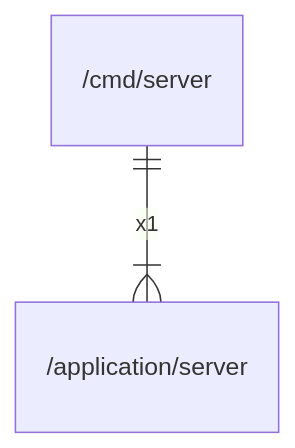
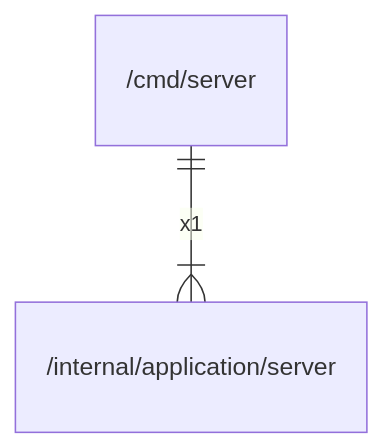
The diagram in docs/arch/cmd/server.md (gbh007/hgraber-next), drawn with Mermaid before and after one commit. The commit also changed other lines of this file and 193 other files, not shown here.

````diff
--- a/docs/arch/cmd/server.md
+++ b/docs/arch/cmd/server.md
@@ -23,4 +23,4 @@
 ```mermaid
 erDiagram
-    "/cmd/server" ||--|{ "/application/server" : x1
+    "/cmd/server" ||--|{ "/internal/application/server" : x1
 ```
````
